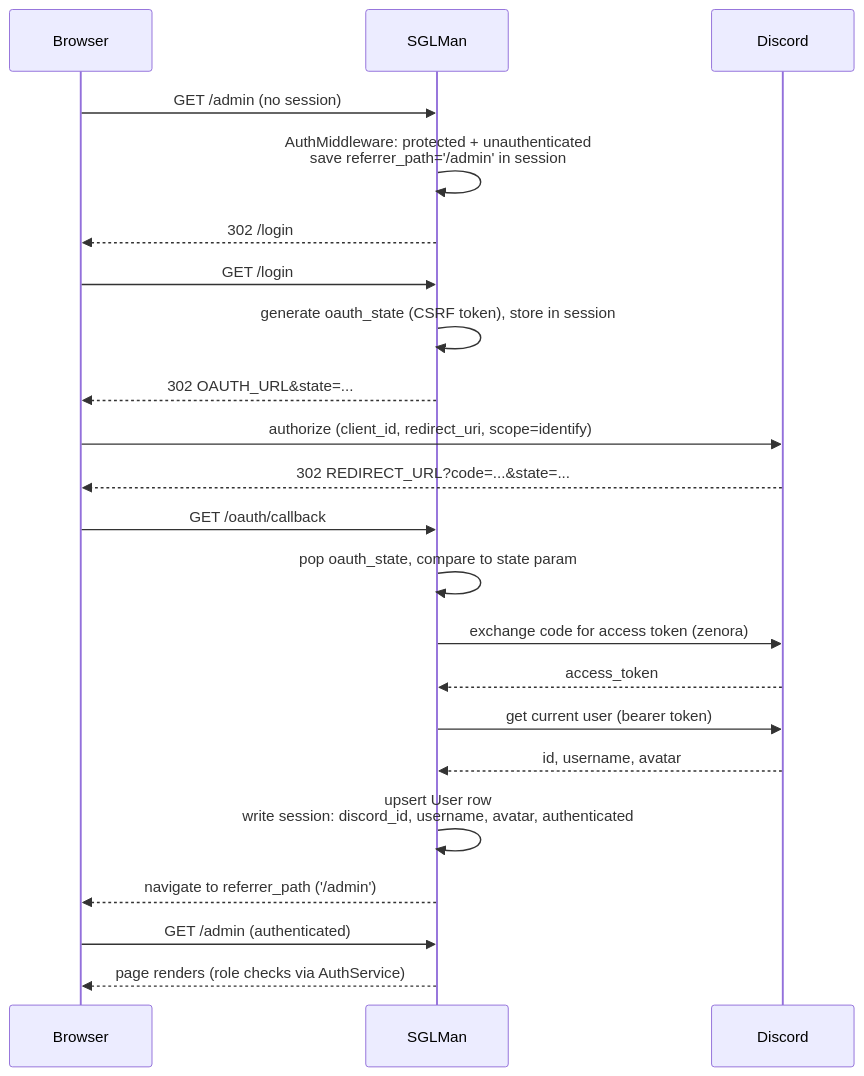
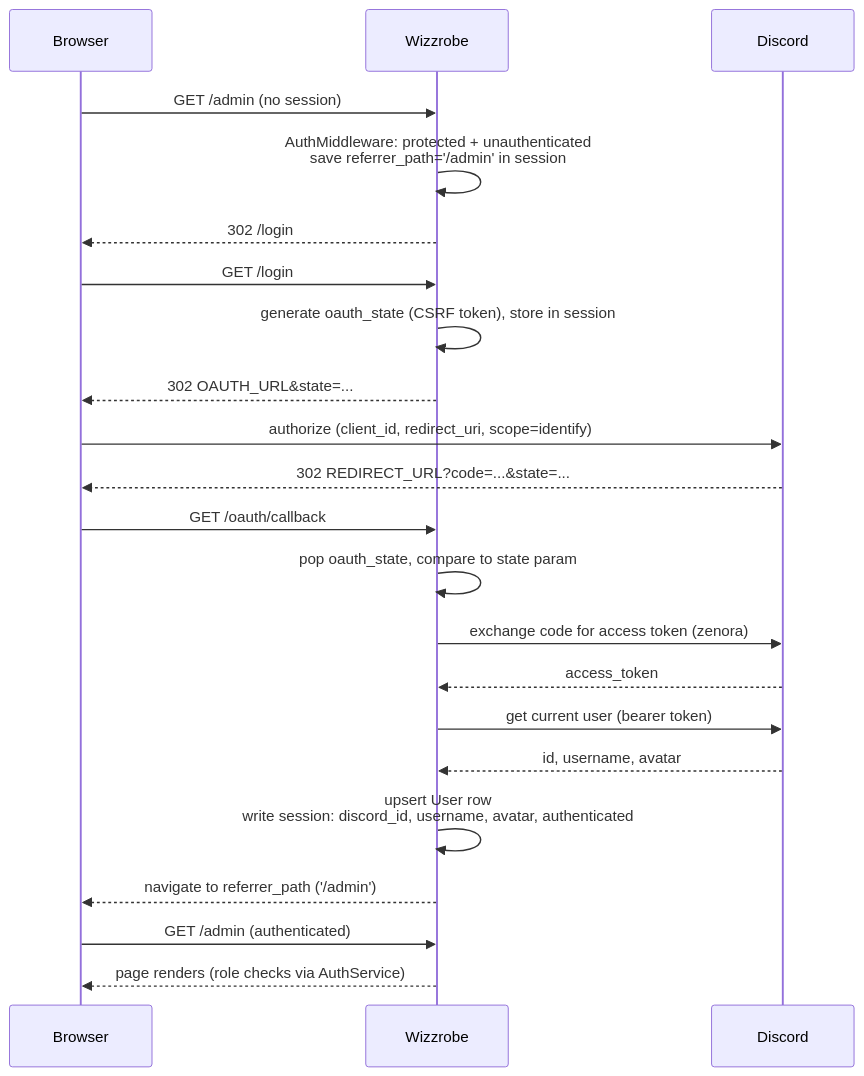
One commit to tcprescott/sglman changed the diagram in docs/reference/authentication.md. Above: the diagram before and after it, drawn with Mermaid. The commit also changed other lines of this file and 145 other files, not shown here.

````diff
--- a/docs/reference/authentication.md
+++ b/docs/reference/authentication.md
@@ -13,25 +13,25 @@
 ```mermaid
 sequenceDiagram
     participant B as Browser
-    participant S as SGLMan
+    participant S as Wizzrobe
     participant D as Discord
 
     B->>S: GET /admin (no session)
     S->>S: AuthMiddleware: protected + unauthenticated<br/>save referrer_path='/admin' in session
     S-->>B: 302 /login
     B->>S: GET /login
     S->>S: generate oauth_state (CSRF token), store in session
     S-->>B: 302 OAUTH_URL&state=...
     B->>D: authorize (client_id, redirect_uri, scope=identify)
     D-->>B: 302 REDIRECT_URL?code=...&state=...
     B->>S: GET /oauth/callback
     S->>S: pop oauth_state, compare to state param
     S->>D: exchange code for access token (zenora)
     D-->>S: access_token
     S->>D: get current user (bearer token)
     D-->>S: id, username, avatar
     S->>S: upsert User row<br/>write session: discord_id, username, avatar, authenticated
     S-->>B: navigate to referrer_path ('/admin')
     B->>S: GET /admin (authenticated)
     S-->>B: page renders (role checks via AuthService)
 ```
````
